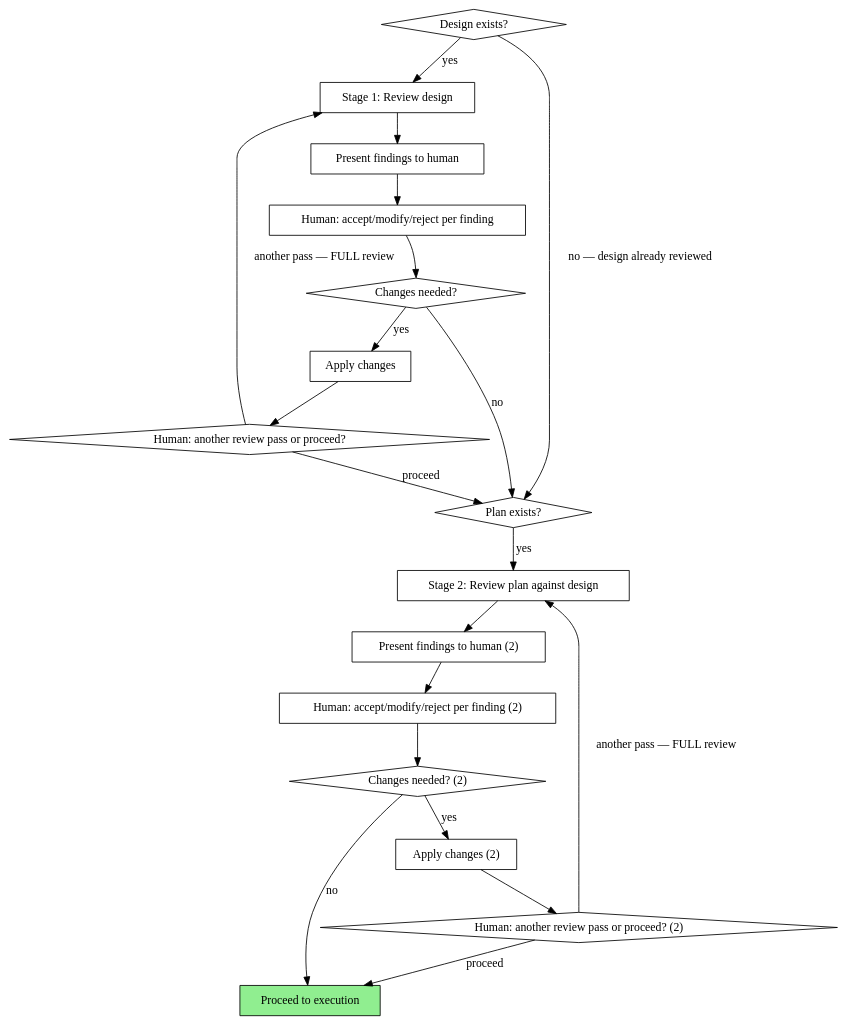
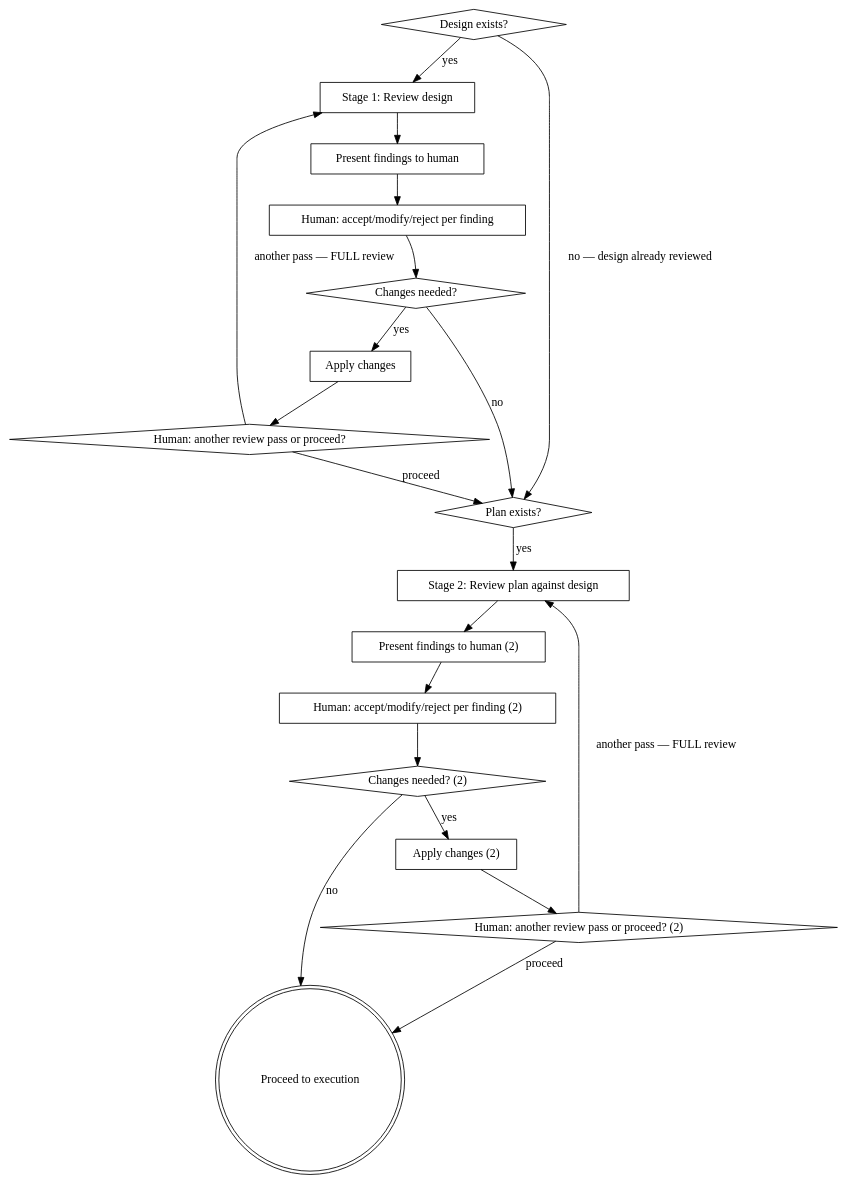
The diagram in reviewing-plans/SKILL.md (rustanacexd/agent-skills), drawn with Graphviz before and after one commit. The commit also changed 1 other file, not shown here.

Commit message:
Fix flowchart exit nodes to use doublecircle per superpowers graphviz conventions

````diff
--- a/reviewing-plans/SKILL.md
+++ b/reviewing-plans/SKILL.md
@@ -26,41 +26,41 @@
 ```dot
 digraph review_process {
     rankdir=TB;
 
     "Design exists?" [shape=diamond];
     "Stage 1: Review design" [shape=box];
     "Present findings to human" [shape=box];
     "Human: accept/modify/reject per finding" [shape=box];
     "Changes needed?" [shape=diamond];
     "Apply changes" [shape=box];
     "Human: another review pass or proceed?" [shape=diamond];
     "Plan exists?" [shape=diamond];
     "Stage 2: Review plan against design" [shape=box];
     "Present findings to human (2)" [shape=box];
     "Human: accept/modify/reject per finding (2)" [shape=box];
     "Changes needed? (2)" [shape=diamond];
     "Apply changes (2)" [shape=box];
     "Human: another review pass or proceed? (2)" [shape=diamond];
-    "Proceed to execution" [shape=box style=filled fillcolor=lightgreen];
+    "Proceed to execution" [shape=doublecircle];
 
     "Design exists?" -> "Stage 1: Review design" [label="yes"];
     "Design exists?" -> "Plan exists?" [label="no — design already reviewed"];
     "Stage 1: Review design" -> "Present findings to human";
     "Present findings to human" -> "Human: accept/modify/reject per finding";
     "Human: accept/modify/reject per finding" -> "Changes needed?";
     "Changes needed?" -> "Apply changes" [label="yes"];
     "Changes needed?" -> "Plan exists?" [label="no"];
     "Apply changes" -> "Human: another review pass or proceed?";
     "Human: another review pass or proceed?" -> "Stage 1: Review design" [label="another pass — FULL review"];
     "Human: another review pass or proceed?" -> "Plan exists?" [label="proceed"];
     "Plan exists?" -> "Stage 2: Review plan against design" [label="yes"];
     "Stage 2: Review plan against design" -> "Present findings to human (2)";
     "Present findings to human (2)" -> "Human: accept/modify/reject per finding (2)";
     "Human: accept/modify/reject per finding (2)" -> "Changes needed? (2)";
     "Changes needed? (2)" -> "Apply changes (2)" [label="yes"];
     "Changes needed? (2)" -> "Proceed to execution" [label="no"];
     "Apply changes (2)" -> "Human: another review pass or proceed? (2)";
     "Human: another review pass or proceed? (2)" -> "Stage 2: Review plan against design" [label="another pass — FULL review"];
     "Human: another review pass or proceed? (2)" -> "Proceed to execution" [label="proceed"];
 }
 ```
````
